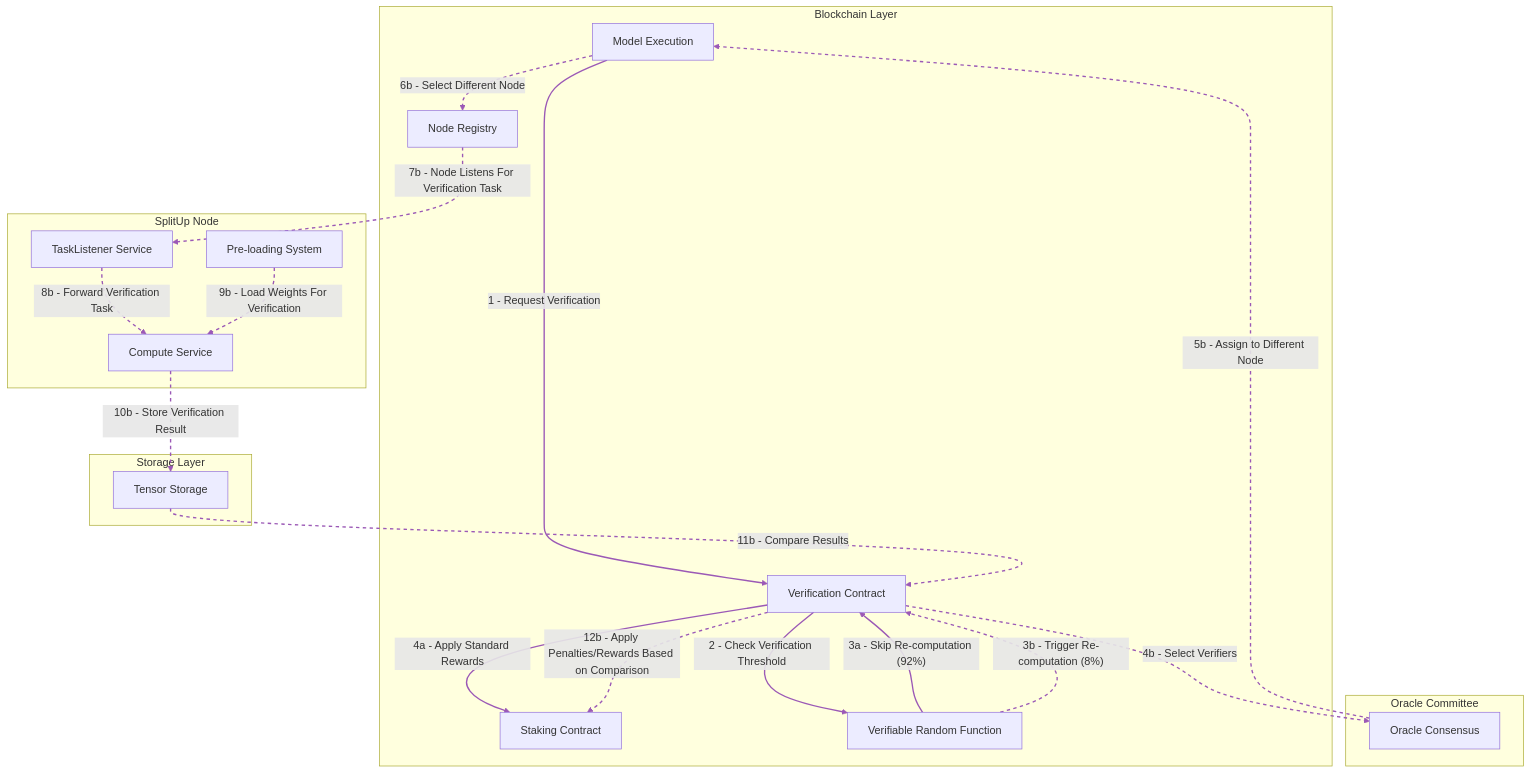
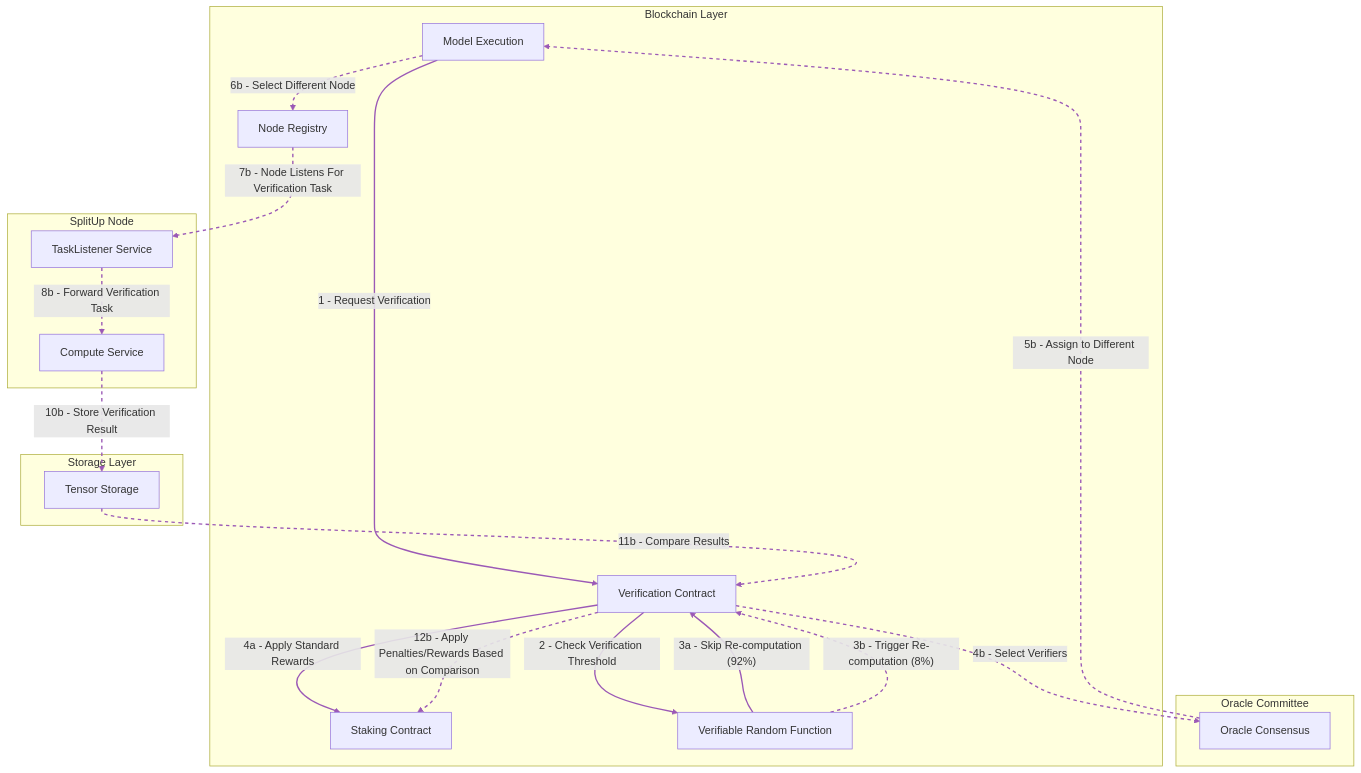
One commit to ToxicPine/planning-win changed the sixth of 6 diagrams in system_diagrams/main.md. Above: the diagram before and after it, drawn with Mermaid. The commit also changed other lines of this file and 13 other files, not shown here.

````diff
--- a/system_diagrams/main.md
+++ b/system_diagrams/main.md
@@ -342,60 +341,58 @@
 ```mermaid
 flowchart TD
     %% Blockchain contracts
     subgraph "Blockchain Layer"
         ME[Model Execution]
         VC[Verification Contract]
         SC[Staking Contract]
         VRF[Verifiable Random Function]
         NR[Node Registry]
     end
     
     %% Oracle Committee
     subgraph "Oracle Committee"
         OC[Oracle Consensus]
     end
     
     %% Node components
     subgraph "SplitUp Node"
         CS[Compute Service]
-        PS[Pre-loading System]
         TL[TaskListener Service]
     end
     
     %% Storage
     subgraph "Storage Layer"
         TS[Tensor Storage]
     end
     
     %% VERIFICATION FLOW (PURPLE)
     %% Main verification path
     ME -->|"1 - Request Verification"| VC
     VC -->|"2 - Check Verification Threshold"| VRF
     
     %% Normal path (92% probability)
     VRF -->|"3a - Skip Re-computation (92%)"| VC
     VC -->|"4a - Apply Standard Rewards"| SC
     
     %% Re-computation path (8% probability)
     VRF -.->|"3b - Trigger Re-computation (8%)"| VC
     VC -.->|"4b - Select Verifiers"| OC
     OC -.->|"5b - Assign to Different Node"| ME
     ME -.->|"6b - Select Different Node"| NR
     NR -.->|"7b - Node Listens For Verification Task"| TL
     TL -.->|"8b - Forward Verification Task"| CS
-    PS -.->|"9b - Load Weights For Verification"| CS
     CS -.->|"10b - Store Verification Result"| TS
     TS -.->|"11b - Compare Results"| VC
     VC -.->|"12b - Apply Penalties/Rewards Based on Comparison"| SC
     
     %% Style all normal relationships with purple color
     linkStyle 0,1,2,3 stroke:#9b59b6,stroke-width:2;
     
     %% Style all probabilistic relationships with dashed purple
-    linkStyle 4,5,6,7,8,9,10,11,12,13 stroke:#9b59b6,stroke-width:2,stroke-dasharray: 5 5;
+    linkStyle 4,5,6,7,8,9,10,11,12 stroke:#9b59b6,stroke-width:2,stroke-dasharray: 5 5;
     
     classDef purpleFlow fill:#9b59b6,stroke:#8e44ad,color:white;
     classDef purpleDashedFlow fill:#9b59b6,stroke:#8e44ad,color:white,stroke-dasharray: 5 5;
     class NormalV purpleFlow;
     class ProbV purpleDashedFlow;
 ```
````
